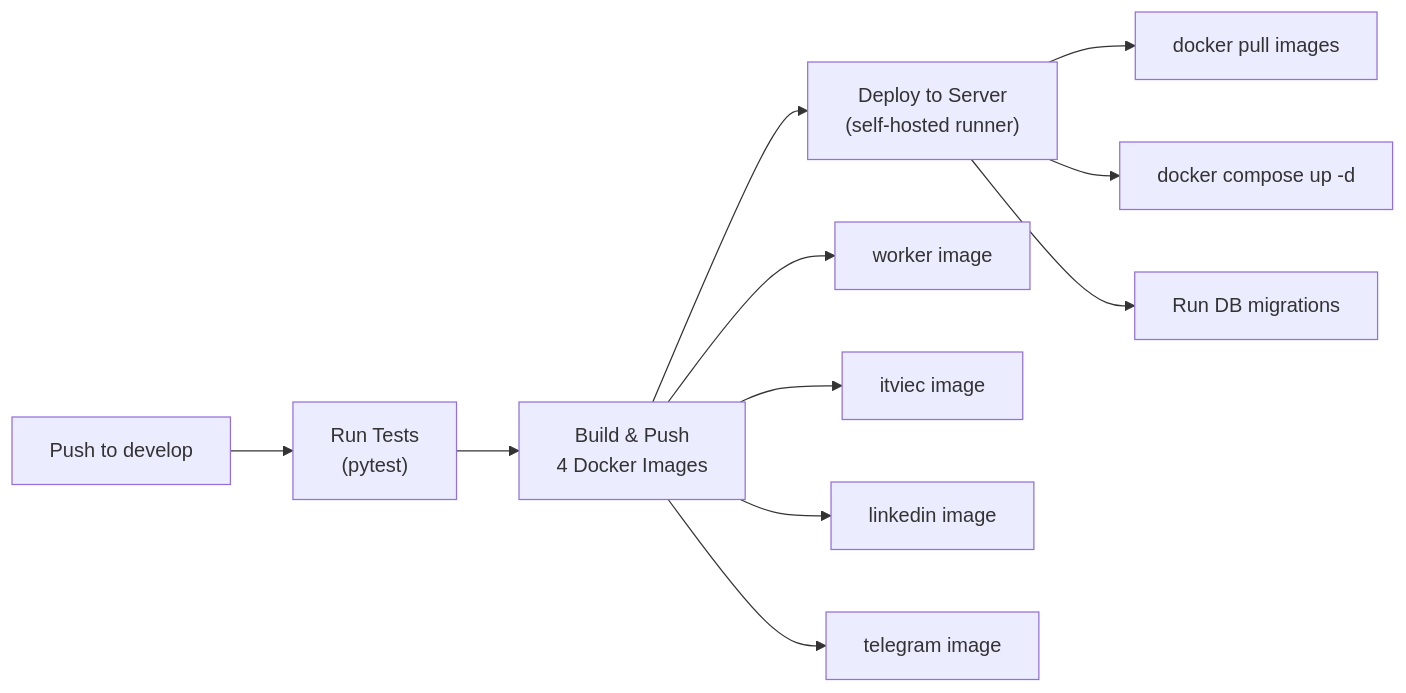
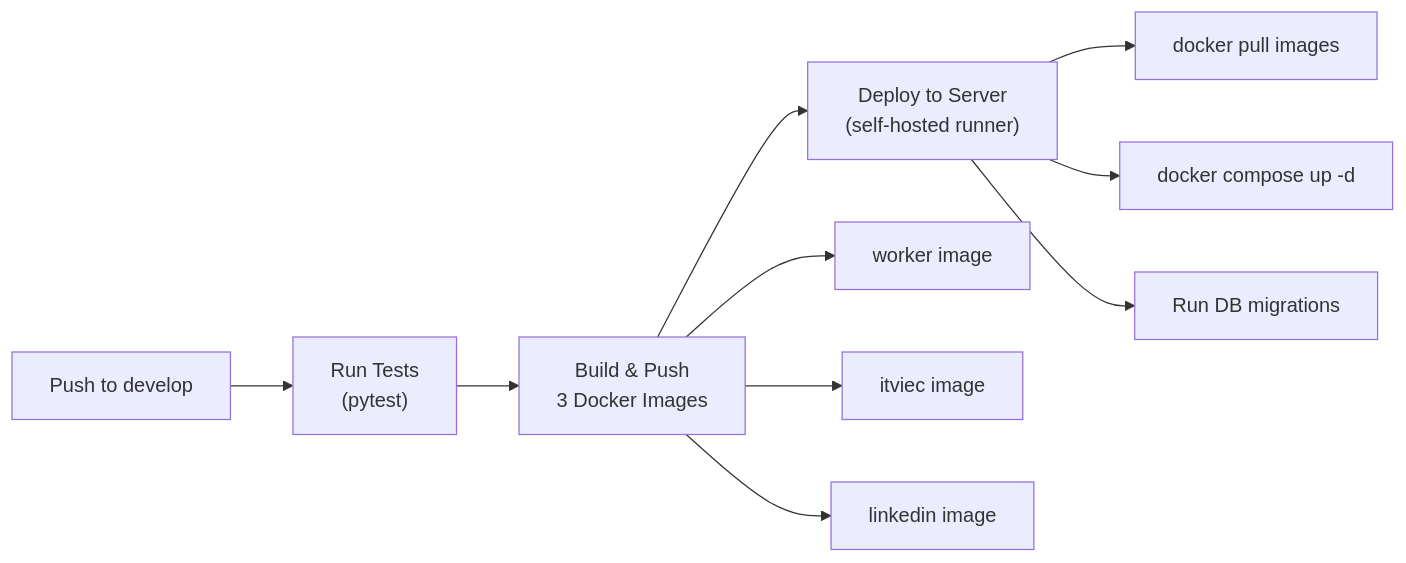
Diagram 13 of 13 in docs/ARCHITECTURE.md (TalentPuse/TalentPulse_Pipeline_ETL-isolate), drawn with Mermaid before and after one commit. The commit also changed other lines of this file, not shown here.

First line of the commit message:
docs: remove legacy telegram-bot from ARCHITECTURE.md

````diff
--- a/docs/ARCHITECTURE.md
+++ b/docs/ARCHITECTURE.md
@@ -638,15 +610,14 @@
 ```mermaid
 flowchart LR
     PUSH["Push to develop"] --> TEST["Run Tests<br/>(pytest)"]
-    TEST --> BUILD["Build & Push<br/>4 Docker Images"]
+    TEST --> BUILD["Build & Push<br/>3 Docker Images"]
     BUILD --> DEPLOY["Deploy to Server<br/>(self-hosted runner)"]
 
     BUILD --> B1["worker image"]
     BUILD --> B2["itviec image"]
     BUILD --> B3["linkedin image"]
-    BUILD --> B4["telegram image"]
 
     DEPLOY --> D1["docker pull images"]
     DEPLOY --> D2["docker compose up -d"]
     DEPLOY --> D3["Run DB migrations"]
 ```
````
